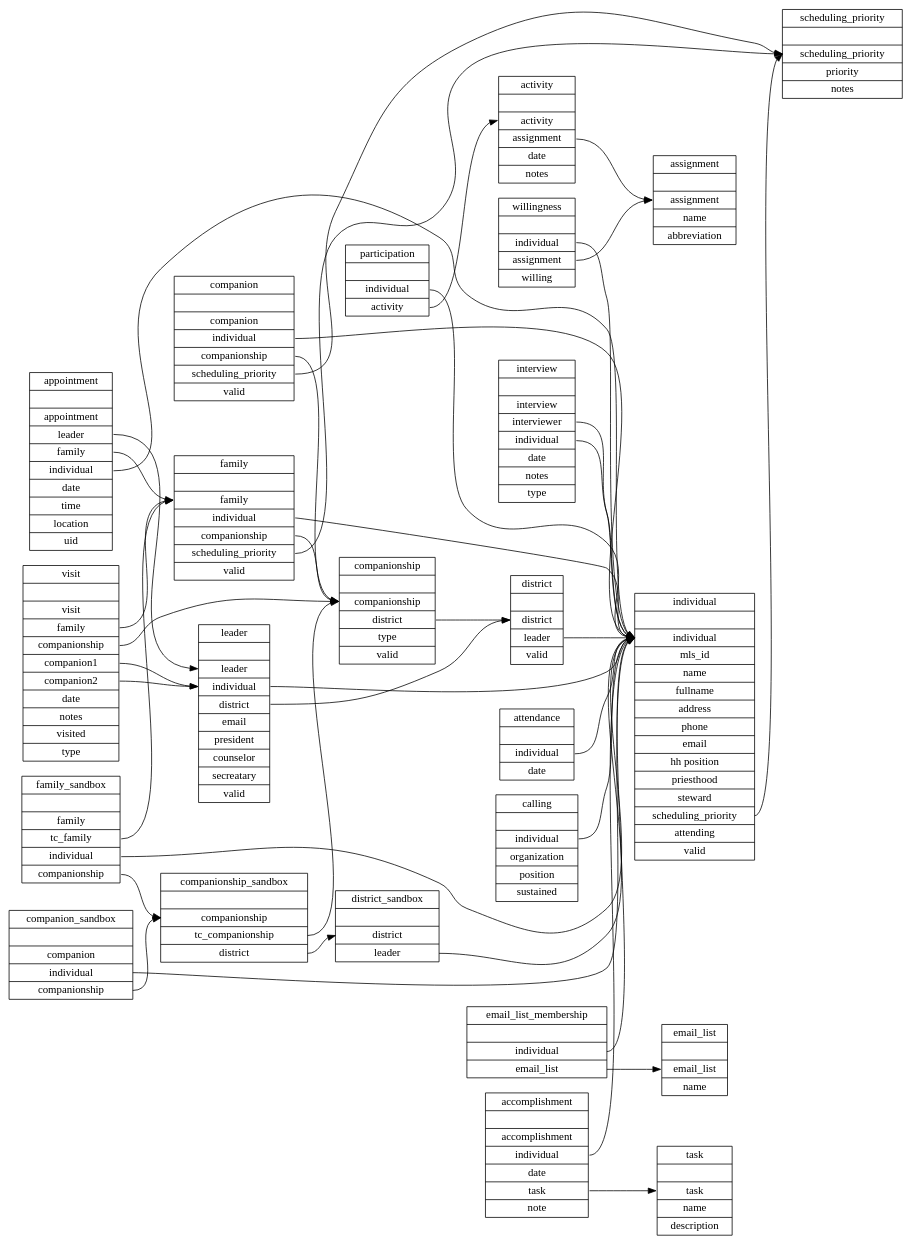
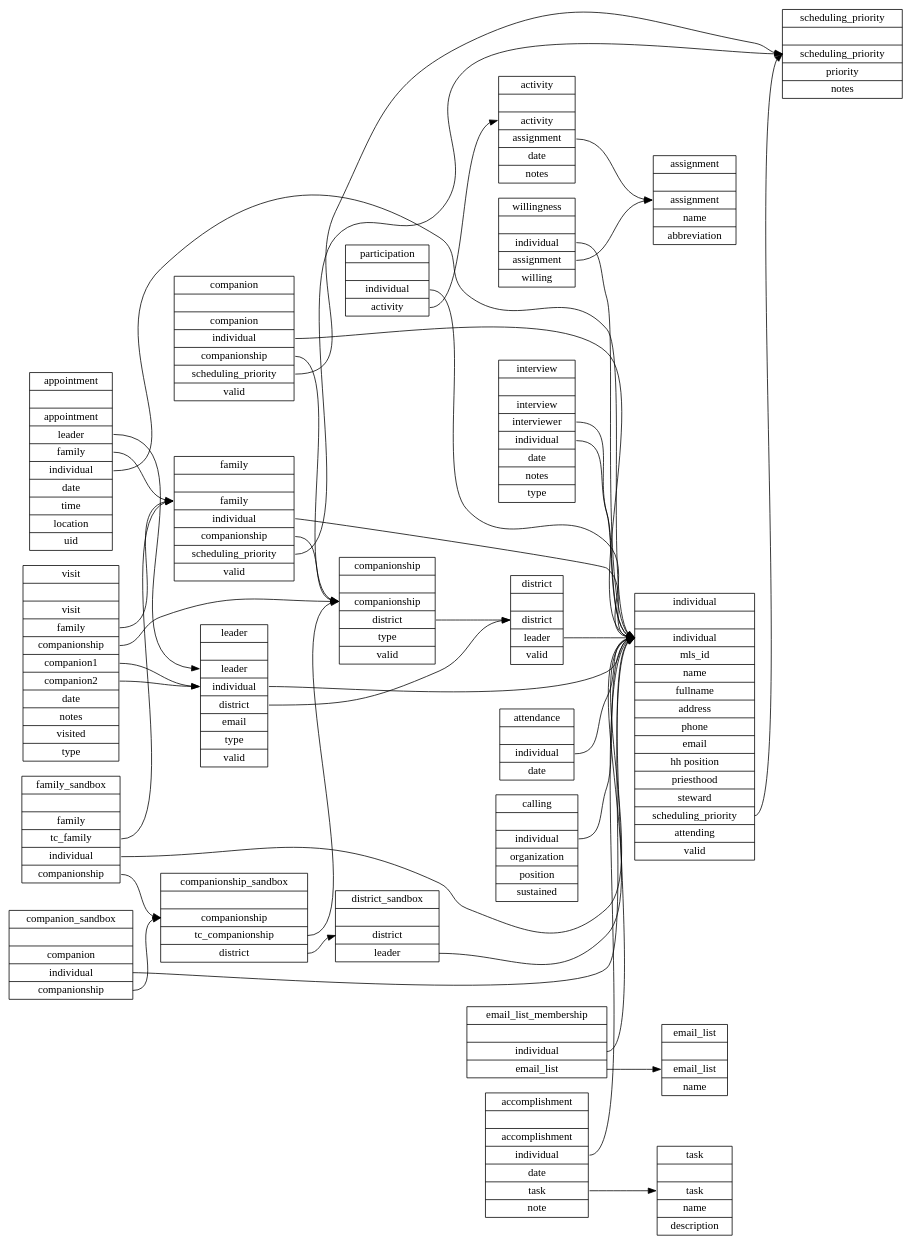
One commit to apippin/tc changed the diagram in sql/schema.dot. Above: the diagram before and after it, drawn with Graphviz. The commit also changed 4 other files, not shown here.

Commit message:
converged president,counselor,secretary fields in tc_leader into one type field

```diff
--- a/sql/schema.dot
+++ b/sql/schema.dot
@@ -1,158 +1,158 @@
 digraph schema {
   graph [
     rankdir = "LR"
   ];
   activity   [
     label = "activity||<a> activity|<s> assignment|<t> date|<n> notes"
     shape = "record"
   ];
   appointment   [
     label = "appointment||<a> appointment|<l> leader|<f> family|<i> individual |<d> date|<t> time|<l> location|<u> uid"
     shape = "record"
   ];
   assignment    [
     label = "assignment||<a> assignment|<n> name|<ab> abbreviation"
     shape = "record"
   ];
   attendance   [
     label = "attendance||<i> individual|<d> date"
     shape = "record"
   ];
   calling       [
     label = "calling||<i> individual|<o> organization|<p> position|<s> sustained"
     shape = "record"
   ];
   companion   [
     label = "companion||<c> companion|<i> individual|<cp> companionship|<sp> scheduling_priority|<v> valid"
     shape = "record"
   ];
   companionship   [
     label = "companionship||<c> companionship|<d> district|<t> type|<v> valid"
     shape = "record"
   ];
   district      [
     label = "district||<d> district|<l> leader|<v> valid"
     shape = "record"
   ];
   individual   [
     label = "individual||<i> individual|<id> mls_id|<n> name|<fn> fullname|<a> address|<p> phone|<em> email|<hh> hh position|<pr> priesthood|<st> steward|<sp> scheduling_priority|<a> attending|<v> valid"
     shape = "record"
   ];
   family   [
     label = "family||<f> family|<i> individual|<c> companionship|<sp> scheduling_priority|<v> valid"
     shape = "record"
   ];
   participation   [
     label = "participation||<i> individual|<a> activity"
     shape = "record"
   ];
   interview   [
     label = "interview||<in> interview|<i> interviewer|<il> individual|<t> date|<n> notes|<t> type"
     shape = "record"
   ];
   leader    [
-    label = "leader||<l> leader|<i> individual|<d> district|<em> email|<pr> president|<cn> counselor|<sec> secreatary|<v> valid"
+    label = "leader||<l> leader|<i> individual|<d> district|<em> email|<t> type|<v> valid"
     shape = "record"
   ];
   visit   [
     label = "visit||<v> visit|<f> family|<c> companionship|<c1> companion1|<c2> companion2|<t> date|<n> notes|<v> visited|<vt> type"
     shape = "record"
   ];
   willingness   [
     label = "willingness||<i> individual|<a> assignment|<w> willing"
     shape = "record"
   ];
   scheduling_priority   [
     label = "scheduling_priority||<sp> scheduling_priority|<p> priority|<n> notes"
     shape = "record"
   ];
   email_list   [
     label = "email_list||<e> email_list|<n> name"
     shape = "record"
   ];
   email_list_membership   [
     label = "email_list_membership||<i> individual|<e> email_list"
     shape = "record"
   ];
   accomplishment   [
     label = "accomplishment||<a> accomplishment|<i> individual|<d> date|<t> task|<n> note"
     shape = "record"
   ];
   task   [
     label = "task||<t> task|<n> name|<d> description"
     shape = "record"
   ];
   district_sandbox   [
     label = "district_sandbox||<d> district|<l> leader"
     shape = "record"
   ];
   companion_sandbox   [
     label = "companion_sandbox||<c> companion|<i> individual|<cp> companionship"
     shape = "record"
   ];
   companionship_sandbox   [
     label = "companionship_sandbox||<cp> companionship|<tcp> tc_companionship|<d> district"
     shape = "record"
   ];
   family_sandbox   [
     label = "family_sandbox||<f> family|<tcf> tc_family|<i> individual|<cp> companionship"
     shape = "record"
   ];
 
   activity:s      -> assignment:a
 
   appointment:l   -> leader:l
   appointment:f   -> family:f
   appointment:i   -> individual:i
 
   attendance:i    -> individual:i
   
   calling:i       -> individual:i
 
   companion:cp    -> companionship:c
   companion:i     -> individual:i
   companion:sp    -> scheduling_priority:sp
 
   companionship:d -> district:d
   
   district:l      -> individual:i
   
   individual:sp   -> scheduling_priority:sp
   
   family:i        -> individual:i
   family:c        -> companionship:c
   family:sp       -> scheduling_priority:sp
 
   participation:i -> individual:i
   participation:a -> activity:a
 
   interview:il    -> individual:i
   interview:i     -> individual:i
 
   leader:i    -> individual:i
   leader:d    -> district:d
 
   visit:c         -> companionship:c
   visit:f         -> family:f
   visit:c1        -> leader:i
   visit:c2        -> leader:i
 
   willingness:i   -> individual:i
   willingness:a   -> assignment:a
 
   email_list_membership:i  -> individual:i
   email_list_membership:e  -> email_list:e
   
   accomplishment:i   -> individual:i
   accomplishment:t   -> task:t
  
   district_sandbox:l      -> individual:i
   companion_sandbox:i     -> individual:i
   companion_sandbox:cp    -> companionship_sandbox:cp
   companionship_sandbox:tcp -> companionship:c
   companionship_sandbox:d -> district_sandbox:d
   family_sandbox:tcf      -> family:f
   family_sandbox:i        -> individual:i
   family_sandbox:cp       -> companionship_sandbox:cp
   
 }
```
